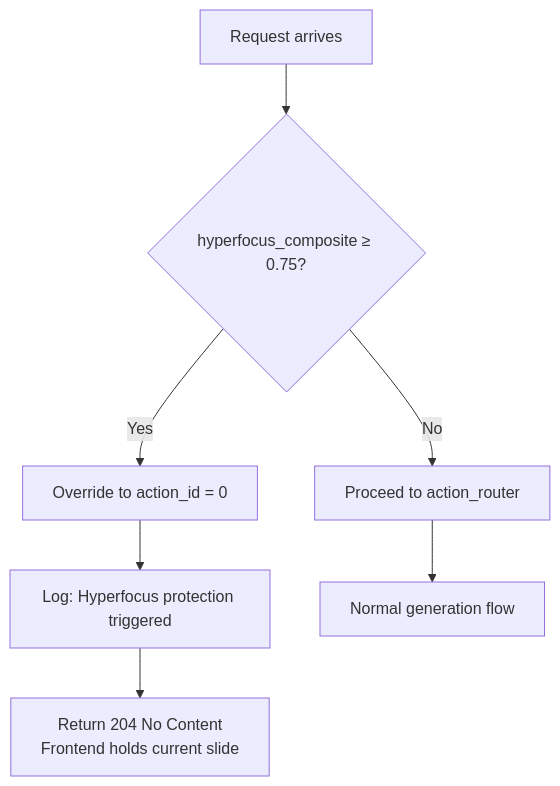
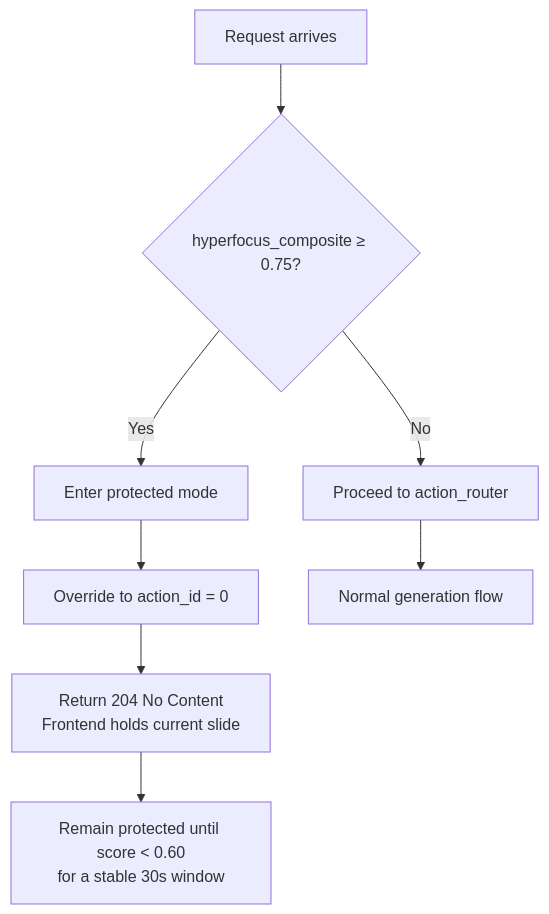
The sixth of 11 diagrams in gen-engine/docs/architecture.md (varunaditya27/NeuroAdapt), drawn with Mermaid before and after one commit. The commit also changed other lines of this file and 2 other files, not shown here.

Commit message:
update fallback chain in README, enhance hyperfocus detection logic in architecture, and clarify processing steps in product specs

````diff
--- a/gen-engine/docs/architecture.md
+++ b/gen-engine/docs/architecture.md
@@ -350,9 +358,10 @@
 ```mermaid
 flowchart TD
     A[Request arrives] --> B{hyperfocus_composite ≥ 0.75?}
-    B -->|Yes| C[Override to action_id = 0]
+    B -->|Yes| C[Enter protected mode]
     B -->|No| D[Proceed to action_router]
-    C --> E[Log: Hyperfocus protection triggered]
+    C --> E[Override to action_id = 0]
     E --> F[Return 204 No Content\nFrontend holds current slide]
-    D --> G[Normal generation flow]
+    F --> G[Remain protected until score < 0.60\nfor a stable 30s window]
+    D --> H[Normal generation flow]
 ```
````
